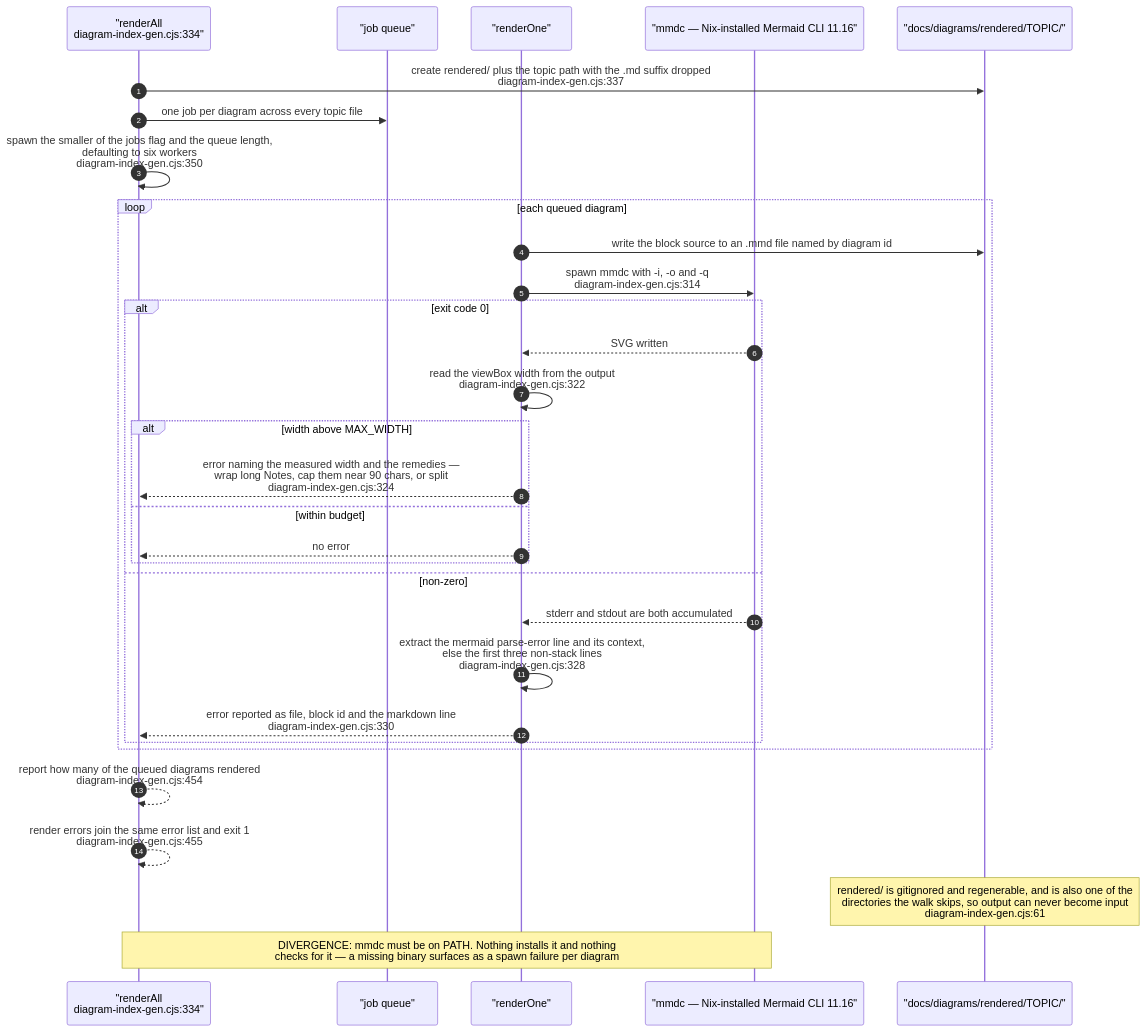
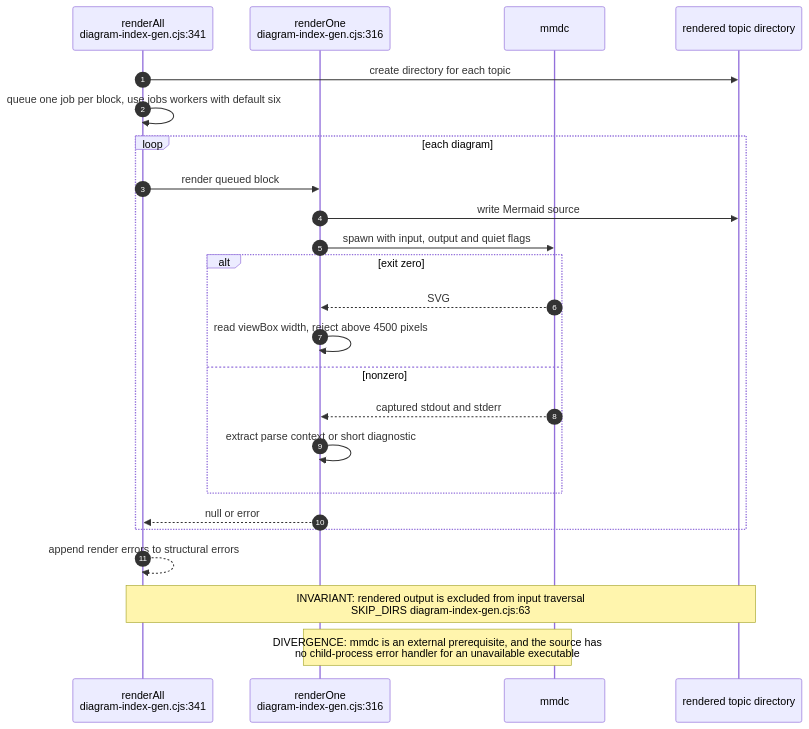
Before and after one commit to DreamLab-AI/VisionFlow: diagram 11 of 13 in docs/diagrams/visionflow/06-diagram-tooling.md, drawn with Mermaid. The commit also changed other lines of this file and 185 other files, not shown here.

Commit message:
docs(estate): reconcile diagrams and ADRs with source and define closeout sprint

````diff
--- a/docs/diagrams/visionflow/06-diagram-tooling.md
+++ b/docs/diagrams/visionflow/06-diagram-tooling.md
@@ -420,37 +335,26 @@
 ```mermaid
 sequenceDiagram
     autonumber
-    participant G as "renderAll<br/>diagram-index-gen.cjs:334"
-    participant Q as "job queue"
-    participant R as "renderOne"
-    participant MM as "mmdc — Nix-installed Mermaid CLI 11.16"
-    participant OUT as "docs/diagrams/rendered/TOPIC/"
-
-    G->>OUT: create rendered/ plus the topic path with the .md suffix dropped<br/>diagram-index-gen.cjs:337
-    G->>Q: one job per diagram across every topic file
-    G->>G: spawn the smaller of the jobs flag and the queue length,<br/>defaulting to six workers<br/>diagram-index-gen.cjs:350
-
-    loop each queued diagram
-        R->>OUT: write the block source to an .mmd file named by diagram id
-        R->>MM: spawn mmdc with -i, -o and -q<br/>diagram-index-gen.cjs:314
-        alt exit code 0
-            MM-->>R: SVG written
-            R->>R: read the viewBox width from the output<br/>diagram-index-gen.cjs:322
-            alt width above MAX_WIDTH
-                R-->>G: error naming the measured width and the remedies —<br/>wrap long Notes, cap them near 90 chars, or split<br/>diagram-index-gen.cjs:324
-            else within budget
-                R-->>G: no error
-            end
-        else non-zero
-            MM-->>R: stderr and stdout are both accumulated
-            R->>R: extract the mermaid parse-error line and its context,<br/>else the first three non-stack lines<br/>diagram-index-gen.cjs:328
-            R-->>G: error reported as file, block id and the markdown line<br/>diagram-index-gen.cjs:330
+    participant G as renderAll<br/>diagram-index-gen.cjs:341
+    participant R as renderOne<br/>diagram-index-gen.cjs:316
+    participant M as mmdc
+    participant O as rendered topic directory
+    G->>O: create directory for each topic
+    G->>G: queue one job per block, use jobs workers with default six
+    loop each diagram
+        G->>R: render queued block
+        R->>O: write Mermaid source
+        R->>M: spawn with input, output and quiet flags
+        alt exit zero
+            M-->>R: SVG
+            R->>R: read viewBox width, reject above 4500 pixels
+        else nonzero
+            M-->>R: captured stdout and stderr
+            R->>R: extract parse context or short diagnostic
         end
+        R-->>G: null or error
     end
-
-    G-->>G: report how many of the queued diagrams rendered<br/>diagram-index-gen.cjs:454
-    G-->>G: render errors join the same error list and exit 1<br/>diagram-index-gen.cjs:455
-
-    Note over OUT: rendered/ is gitignored and regenerable, and is also one of the<br/>directories the walk skips, so output can never become input<br/>diagram-index-gen.cjs:61
-    Note over G,MM: DIVERGENCE: mmdc must be on PATH. Nothing installs it and nothing<br/>checks for it — a missing binary surfaces as a spawn failure per diagram
+    G-->>G: append render errors to structural errors
+    Note over G,O: INVARIANT: rendered output is excluded from input traversal<br/>SKIP_DIRS diagram-index-gen.cjs:63
+    Note over R,M: DIVERGENCE: mmdc is an external prerequisite, and the source has<br/>no child-process error handler for an unavailable executable
 ```
````
